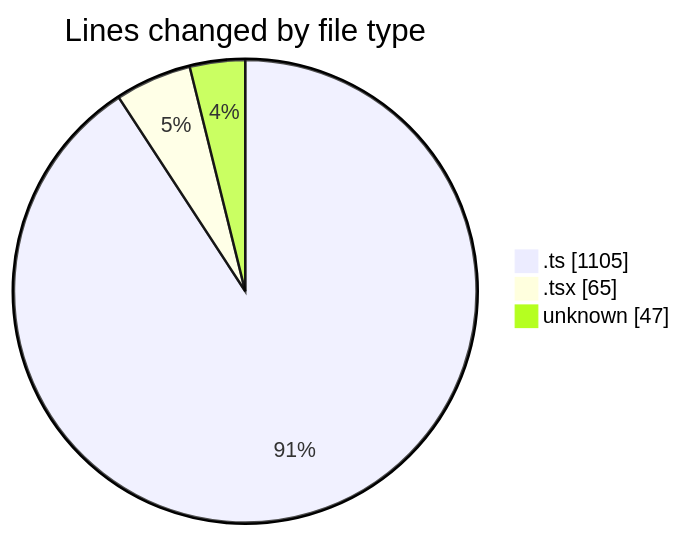
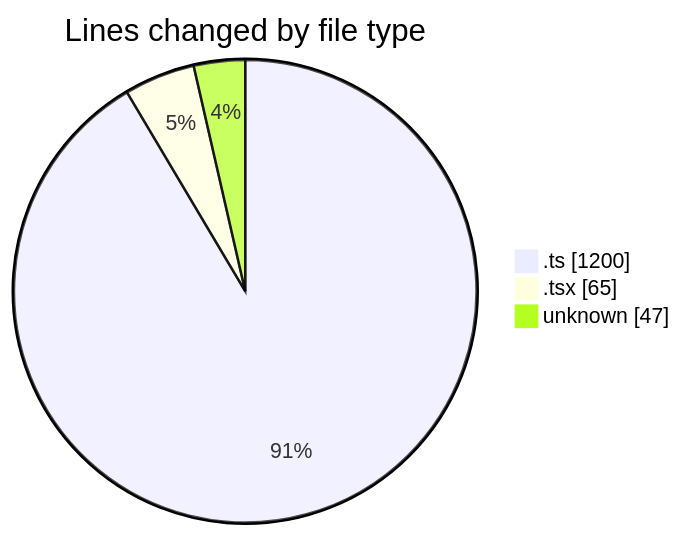
Before and after one commit to momahboobian/code-tracking: the first of 2 diagrams in 2025-09-11/cda/README.md, drawn with Mermaid. The commit also changed other lines of this file and 1 other file, not shown here.

````diff
--- a/2025-09-11/cda/README.md
+++ b/2025-09-11/cda/README.md
@@ -26,7 +27,7 @@
 ```mermaid
 pie showData
 title Lines changed by file type
-".ts" : 1105
+".ts" : 1200
 ".tsx" : 65
 "unknown" : 47
 ```
````
